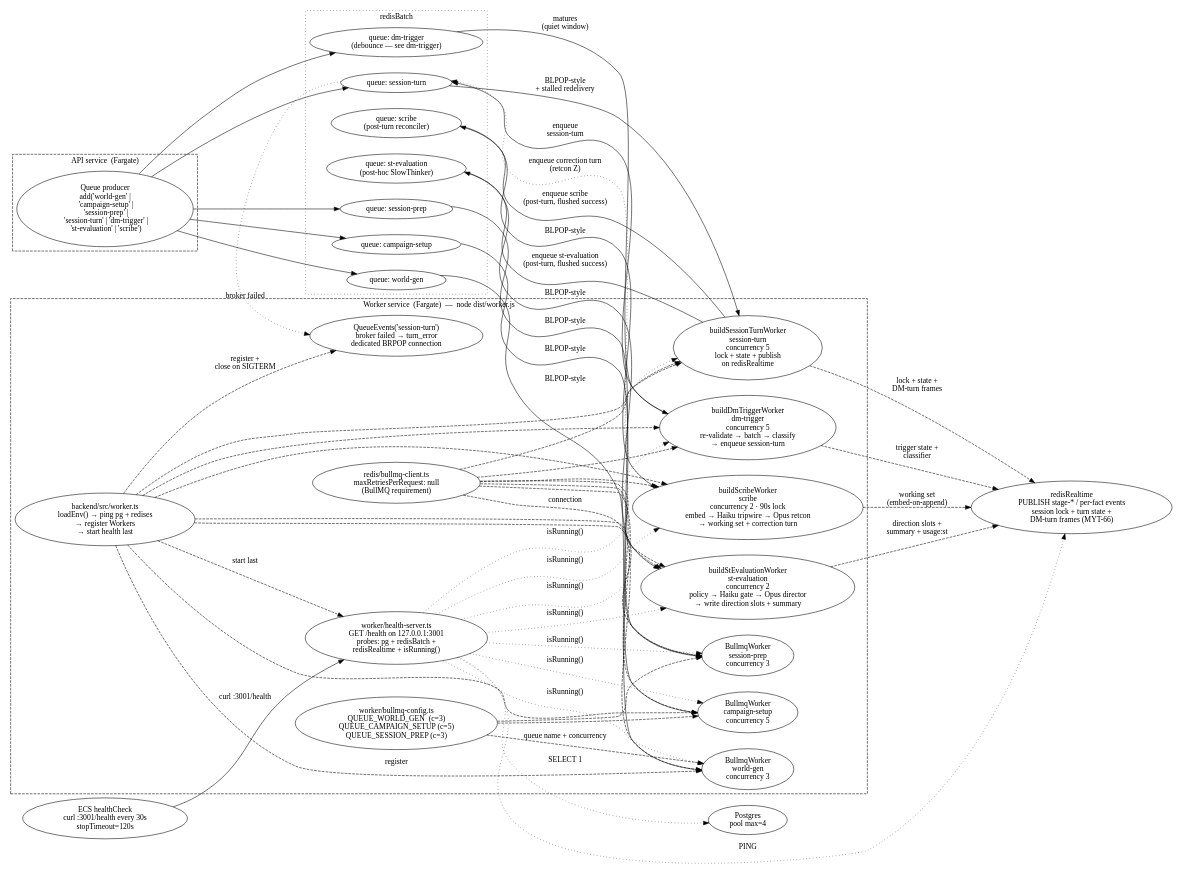
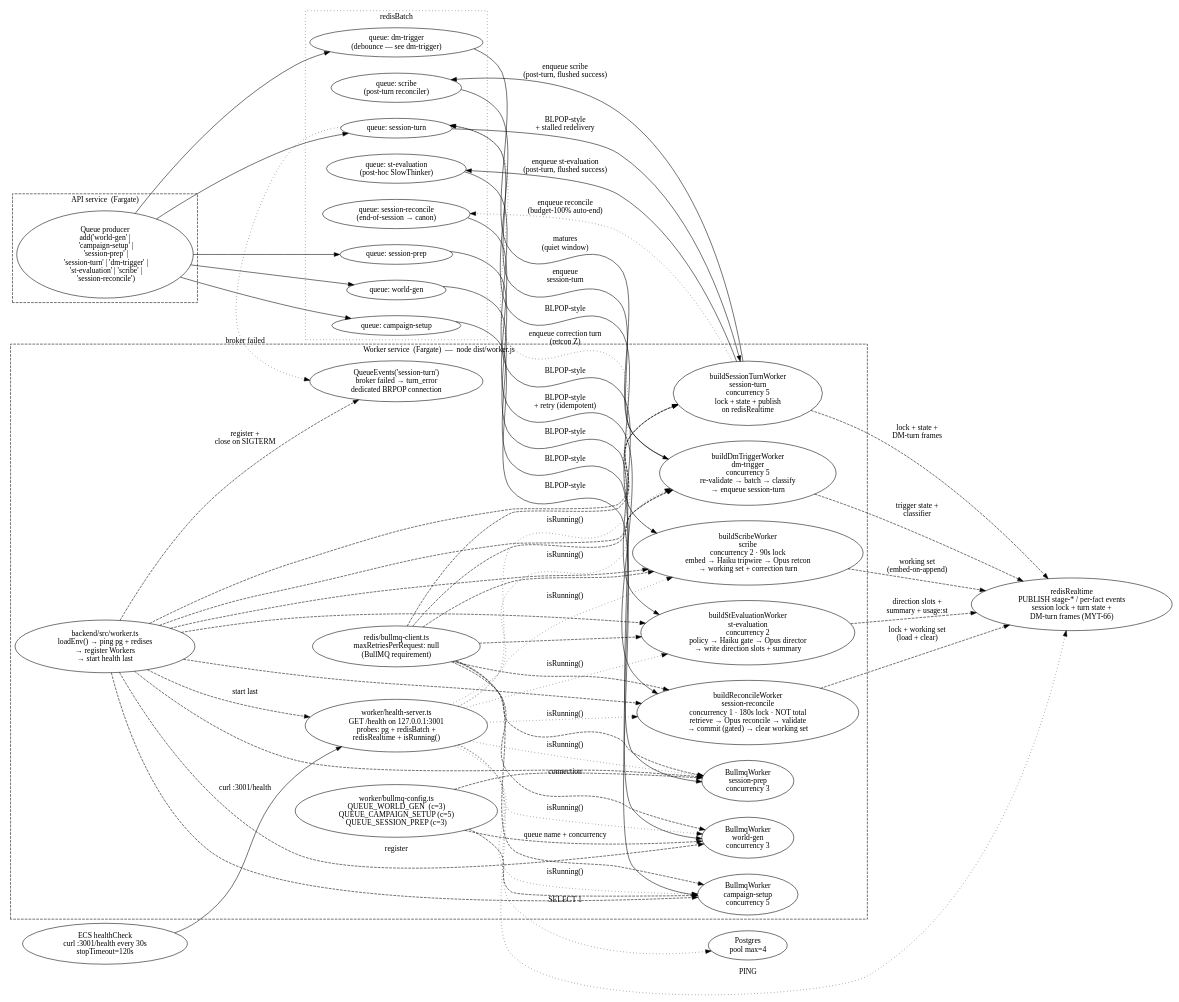
One commit to mythrun/mythrun changed the diagram in docs/wiki/diagrams/runtime/worker.dot. Above: the diagram before and after it, drawn with Graphviz. The commit also changed 45 other files, not shown here.

```diff
--- a/docs/wiki/diagrams/runtime/worker.dot
+++ b/docs/wiki/diagrams/runtime/worker.dot
@@ -1,126 +1,138 @@
 digraph worker {
   // The worker. A second ECS Fargate service that runs node dist/worker.js
   // and pulls jobs from seven BullMQ queues on redisBatch. Health server on
   // 127.0.0.1:3001 is what ECS probes. Real prep-stage processors land across
   // MYT-51 onward; session-prep (MYT-61) is the third queue/worker; the
   // session-turn worker (MYT-66) is the fourth — the lock-fenced DM-turn
   // conductor; the dm-trigger worker (MYT-67) is the fifth — the DM-trigger
   // decision shell; the st-evaluation worker (MYT-69) is the sixth — the
   // post-hoc SlowThinker; the scribe worker (MYT-73) is the seventh — the
-  // post-turn reconciler (working set + tripwire + retcon). The st-evaluation
+  // post-turn reconciler (working set + tripwire + retcon); the
+  // session-reconcile worker (MYT-74a) is the eighth — the end-of-session
+  // reconciler that folds the working set into durable canon. The st-evaluation
   // and scribe workers are both enqueued by the turn worker on its
-  // flushed-success path. The turn / trigger / st-eval / scribe workers also
-  // read/write redisRealtime (lock / state / direction / working set / trigger
-  // coordination). A QueueEvents('session-turn') subscriber publishes the
-  // broker-side terminal turn_error on a dedicated blocking connection.
+  // flushed-success path; the session-reconcile worker is fired by the
+  // end_session WS frame or the turn worker's budget-100% auto-end. The turn /
+  // trigger / st-eval / scribe / reconcile workers also read/write redisRealtime
+  // (lock / state / direction / working set / trigger coordination). A
+  // QueueEvents('session-turn') subscriber publishes the broker-side terminal
+  // turn_error on a dedicated blocking connection.
   rankdir=LR;
   compound=true;
   nodesep=0.4;
   ranksep=0.7;
 
   subgraph cluster_api {
     label="API service  (Fargate)";
     style="dashed";
     color="ember";
     fontcolor="ember";
 
-    queue_producer [label="Queue producer\nadd('world-gen' |\n  'campaign-setup' |\n  'session-prep' |\n  'session-turn' | 'dm-trigger' |\n  'st-evaluation' | 'scribe')"];
+    queue_producer [label="Queue producer\nadd('world-gen' |\n  'campaign-setup' |\n  'session-prep' |\n  'session-turn' | 'dm-trigger' |\n  'st-evaluation' | 'scribe' |\n  'session-reconcile')"];
   }
 
   subgraph cluster_redis {
     label="redisBatch";
     style="dotted";
 
     q_world    [label="queue: world-gen"];
     q_campaign [label="queue: campaign-setup"];
     q_prep     [label="queue: session-prep"];
     q_turn     [label="queue: session-turn", color="ember", fontcolor="ember"];
     q_trig     [label="queue: dm-trigger\n(debounce — see dm-trigger)", color="ember", fontcolor="ember"];
     q_steval   [label="queue: st-evaluation\n(post-hoc SlowThinker)", color="ember", fontcolor="ember"];
     q_scribe   [label="queue: scribe\n(post-turn reconciler)", color="ember", fontcolor="ember"];
+    q_recon    [label="queue: session-reconcile\n(end-of-session → canon)", color="ember", fontcolor="ember"];
   }
 
   subgraph cluster_worker {
     label="Worker service  (Fargate)  —  node dist/worker.js";
     style="dashed";
     color="ember";
     fontcolor="ember";
 
     entry      [label="backend/src/worker.ts\nloadEnv() → ping pg + redises\n→ register Workers\n→ start health last", color="ember", fontcolor="ember"];
     cfg        [label="worker/bullmq-config.ts\nQUEUE_WORLD_GEN  (c=3)\nQUEUE_CAMPAIGN_SETUP (c=5)\nQUEUE_SESSION_PREP (c=3)"];
     w_world    [label="BullmqWorker\nworld-gen\nconcurrency 3"];
     w_camp     [label="BullmqWorker\ncampaign-setup\nconcurrency 5"];
     w_prep     [label="BullmqWorker\nsession-prep\nconcurrency 3", color="ember", fontcolor="ember"];
     w_turn     [label="buildSessionTurnWorker\nsession-turn\nconcurrency 5\nlock + state + publish\non redisRealtime", color="ember", fontcolor="ember"];
     w_trig     [label="buildDmTriggerWorker\ndm-trigger\nconcurrency 5\nre-validate → batch → classify\n→ enqueue session-turn", color="ember", fontcolor="ember"];
     w_steval   [label="buildStEvaluationWorker\nst-evaluation\nconcurrency 2\npolicy → Haiku gate → Opus director\n→ write direction slots + summary", color="ember", fontcolor="ember"];
     w_scribe   [label="buildScribeWorker\nscribe\nconcurrency 2 · 90s lock\nembed → Haiku tripwire → Opus retcon\n→ working set + correction turn", color="ember", fontcolor="ember"];
+    w_recon    [label="buildReconcileWorker\nsession-reconcile\nconcurrency 1 · 180s lock · NOT total\nretrieve → Opus reconcile → validate\n→ commit (gated) → clear working set", color="ember", fontcolor="ember"];
     qevents    [label="QueueEvents('session-turn')\nbroker failed → turn_error\ndedicated BRPOP connection", color="ember", fontcolor="ember"];
     health     [label="worker/health-server.ts\nGET /health on 127.0.0.1:3001\nprobes: pg + redisBatch +\nredisRealtime + isRunning()"];
     bullmq_redis [label="redis/bullmq-client.ts\nmaxRetriesPerRequest: null\n(BullMQ requirement)"];
   }
 
   ecs   [label="ECS healthCheck\ncurl :3001/health every 30s\nstopTimeout=120s"];
   pg    [label="Postgres\npool max=4"];
   realtime [label="redisRealtime\nPUBLISH stage-* / per-fact events\nsession lock + turn state +\nDM-turn frames (MYT-66)"];
 
   // API enqueues
   queue_producer -> q_world;
   queue_producer -> q_campaign;
   queue_producer -> q_prep;
   queue_producer -> q_turn;
   queue_producer -> q_trig;
 
   // Worker consumes
   q_world    -> w_world  [label="BLPOP-style"];
   q_campaign -> w_camp   [label="BLPOP-style"];
   q_prep     -> w_prep   [label="BLPOP-style"];
   q_turn     -> w_turn   [label="BLPOP-style\n+ stalled redelivery", color="ember"];
   q_trig     -> w_trig   [label="matures\n(quiet window)", color="ember"];
   q_steval   -> w_steval [label="BLPOP-style", color="ember"];
   q_scribe   -> w_scribe [label="BLPOP-style", color="ember"];
+  q_recon    -> w_recon  [label="BLPOP-style\n+ retry (idempotent)", color="ember"];
   w_trig     -> q_turn   [label="enqueue\nsession-turn", color="ember"];
   w_turn     -> q_steval [label="enqueue st-evaluation\n(post-turn, flushed success)", color="ember"];
   w_turn     -> q_scribe [label="enqueue scribe\n(post-turn, flushed success)", color="ember"];
+  w_turn     -> q_recon  [label="enqueue reconcile\n(budget-100% auto-end)", style=dotted, color="ember"];
   w_scribe   -> q_turn   [label="enqueue correction turn\n(retcon Z)", style=dotted, color="ember"];
   q_turn     -> qevents  [label="broker failed", style=dotted, color="ember"];
 
   // Worker shape
   cfg     -> w_world  [style=dashed, label="queue name + concurrency"];
   cfg     -> w_camp   [style=dashed];
   cfg     -> w_prep   [style=dashed];
   entry   -> w_world  [style=dashed, label="register"];
   entry   -> w_camp   [style=dashed];
   entry   -> w_prep   [style=dashed];
   entry   -> w_turn   [style=dashed];
   entry   -> w_trig   [style=dashed];
   entry   -> w_steval [style=dashed];
   entry   -> w_scribe [style=dashed];
+  entry   -> w_recon  [style=dashed];
   entry   -> qevents  [style=dashed, label="register +\nclose on SIGTERM"];
   bullmq_redis -> w_world [style=dashed, label="connection"];
   bullmq_redis -> w_camp  [style=dashed];
   bullmq_redis -> w_prep  [style=dashed];
   bullmq_redis -> w_turn  [style=dashed];
   bullmq_redis -> w_trig  [style=dashed];
   bullmq_redis -> w_steval [style=dashed];
   bullmq_redis -> w_scribe [style=dashed];
+  bullmq_redis -> w_recon  [style=dashed];
 
-  // Turn + trigger + st-eval workers also drive redisRealtime (lock / state / direction / coordination)
+  // Turn + trigger + st-eval + scribe + reconcile workers also drive redisRealtime (lock / state / direction / working set / coordination)
   w_turn -> realtime [style=dashed, label="lock + state +\nDM-turn frames", color="ember"];
   w_trig -> realtime [style=dashed, label="trigger state +\nclassifier", color="ember"];
   w_steval -> realtime [style=dashed, label="direction slots +\nsummary + usage:st", color="ember"];
   w_scribe -> realtime [style=dashed, label="working set\n(embed-on-append)", color="ember"];
+  w_recon -> realtime [style=dashed, label="lock + working set\n(load + clear)", color="ember"];
 
   // Health + ECS probe
   entry  -> health [style=dashed, label="start last"];
   ecs    -> health [label="curl :3001/health"];
   health -> pg          [label="SELECT 1", style=dotted];
   health -> w_world     [label="isRunning()", style=dotted];
   health -> w_camp      [label="isRunning()", style=dotted];
   health -> w_prep      [label="isRunning()", style=dotted];
   health -> w_turn      [label="isRunning()", style=dotted];
   health -> w_trig      [label="isRunning()", style=dotted];
   health -> w_steval    [label="isRunning()", style=dotted];
   health -> w_scribe    [label="isRunning()", style=dotted];
+  health -> w_recon     [label="isRunning()", style=dotted];
   health -> realtime    [label="PING", style=dotted];
 }
```
